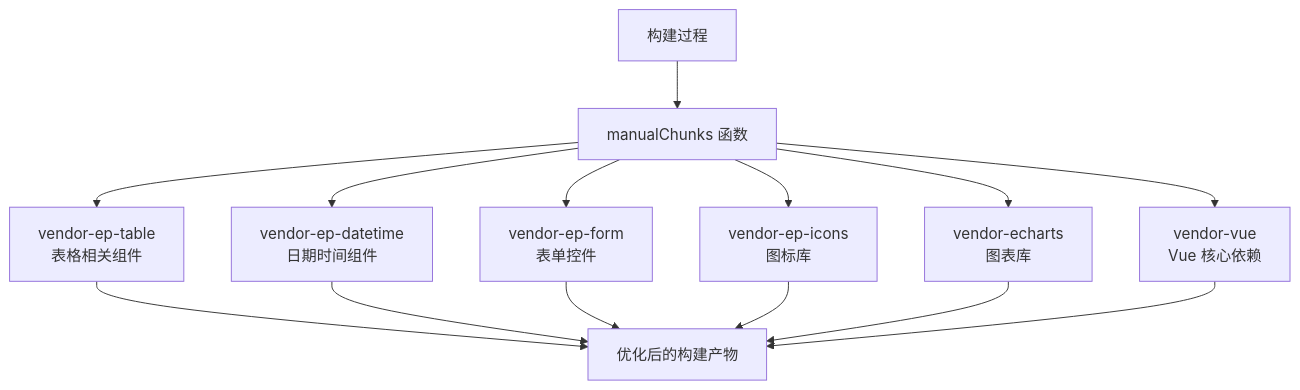
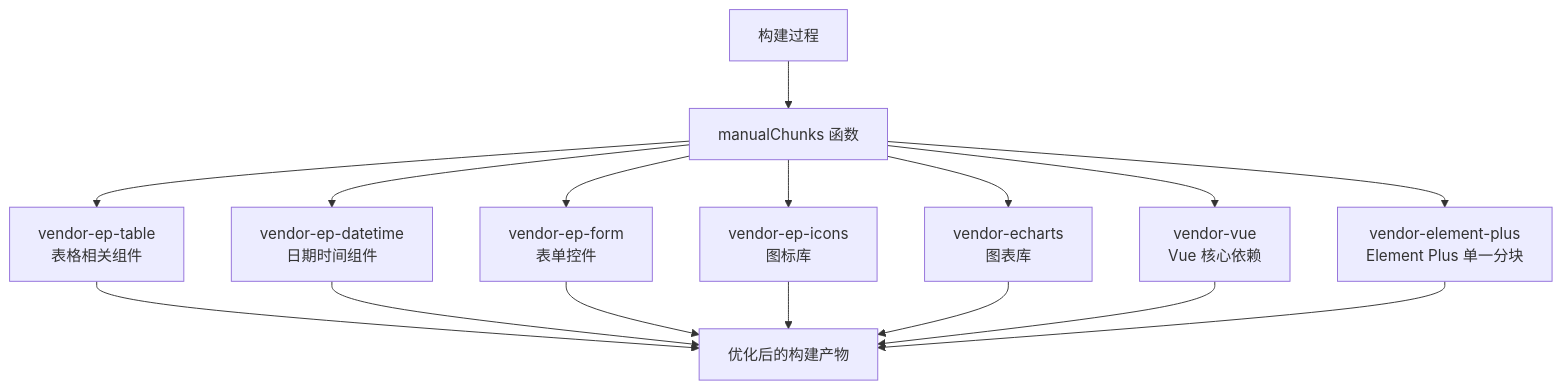
One commit to likele001/cenkor_mes changed the fifth of 13 diagrams in .qoder/repowiki/zh/content/前端多端架构/PC 管理后台（frontend-admin-pro）.md. Above: the diagram before and after it, drawn with Mermaid. The commit also changed other lines of this file and 307 other files, not shown here.

````diff
--- a/.qoder/repowiki/zh/content/前端多端架构/PC 管理后台（frontend-admin-pro）.md
+++ b/.qoder/repowiki/zh/content/前端多端架构/PC 管理后台（frontend-admin-pro）.md
@@ -209,16 +253,18 @@
 ```mermaid
 flowchart TD
 Build["构建过程"] --> ManualChunks["manualChunks 函数"]
 ManualChunks --> EPTable["vendor-ep-table<br/>表格相关组件"]
 ManualChunks --> EPDatetime["vendor-ep-datetime<br/>日期时间组件"]
 ManualChunks --> EPForm["vendor-ep-form<br/>表单控件"]
 ManualChunks --> EPIcons["vendor-ep-icons<br/>图标库"]
 ManualChunks --> ECharts["vendor-echarts<br/>图表库"]
 ManualChunks --> VueCore["vendor-vue<br/>Vue 核心依赖"]
+ManualChunks --> EPlus["vendor-element-plus<br/>Element Plus 单一分块"]
 EPTable --> OptimizedBundle["优化后的构建产物"]
 EPDatetime --> OptimizedBundle
 EPForm --> OptimizedBundle
 EPIcons --> OptimizedBundle
 ECharts --> OptimizedBundle
 VueCore --> OptimizedBundle
+EPlus --> OptimizedBundle
 ```
````
